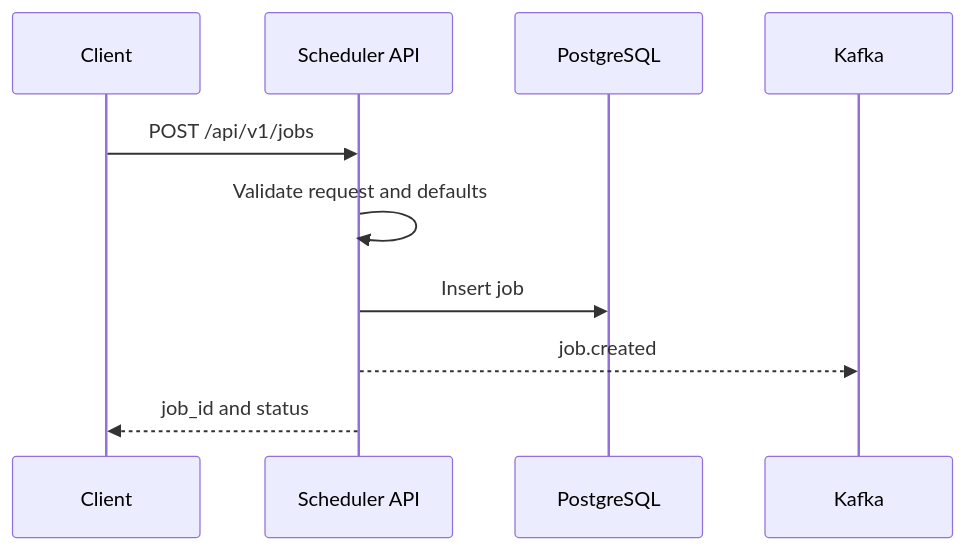
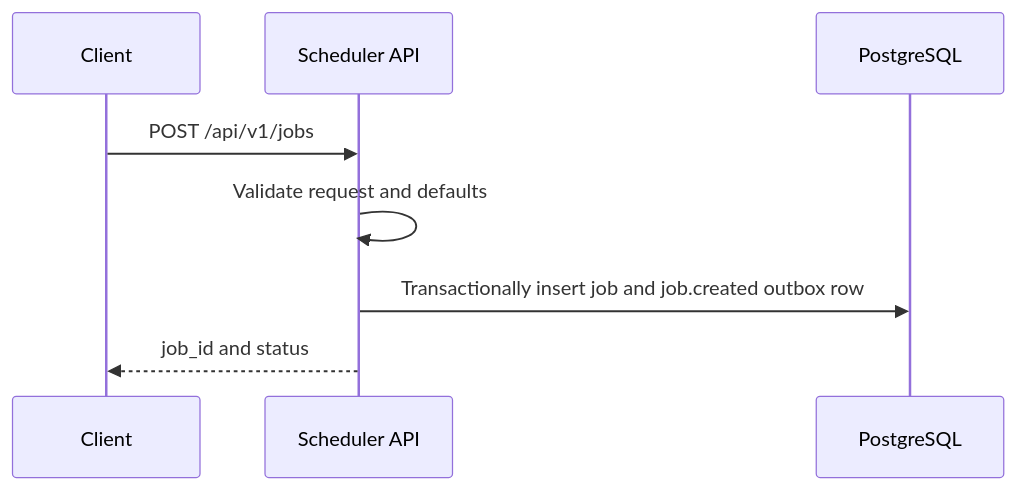
The second of 3 diagrams in docs/system-design/job-lifecycle.md (bhanu-teja2/distributed-job-scheduler), drawn with Mermaid before and after one commit. The commit also changed other lines of this file and 62 other files, not shown here.

Commit message:
docs: add implementation guide and architecture notes

````diff
--- a/docs/system-design/job-lifecycle.md
+++ b/docs/system-design/job-lifecycle.md
@@ -29,12 +29,10 @@
 ```mermaid
 sequenceDiagram
     participant C as Client
     participant API as Scheduler API
     participant DB as PostgreSQL
-    participant K as Kafka
     C->>API: POST /api/v1/jobs
     API->>API: Validate request and defaults
-    API->>DB: Insert job
-    API-->>K: job.created
+    API->>DB: Transactionally insert job and job.created outbox row
     API-->>C: job_id and status
 ```
````
